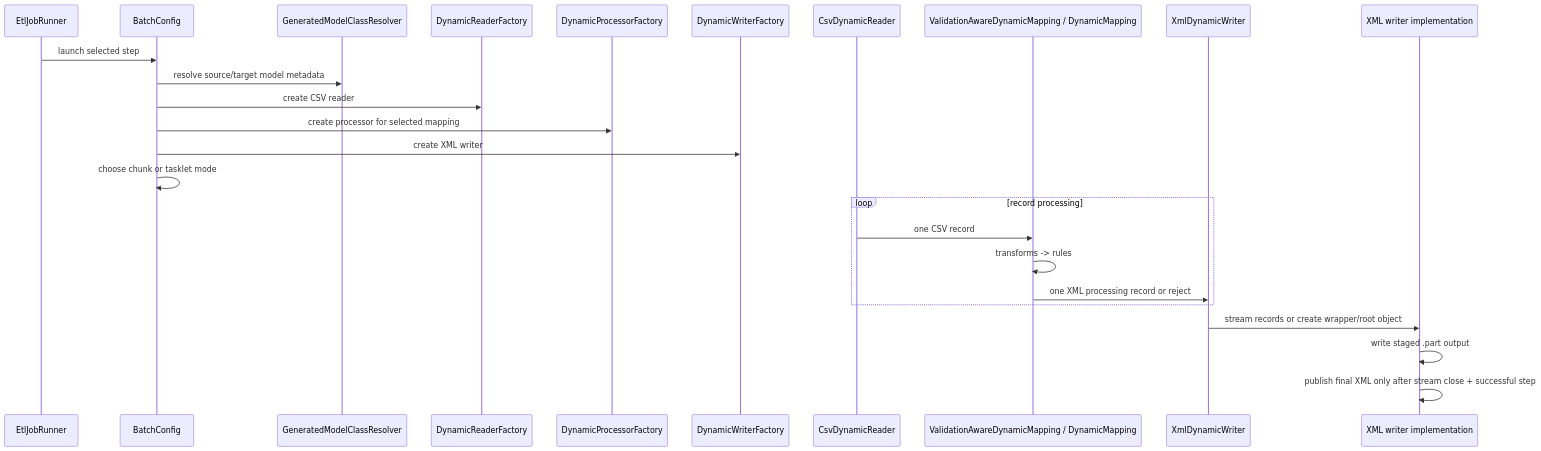
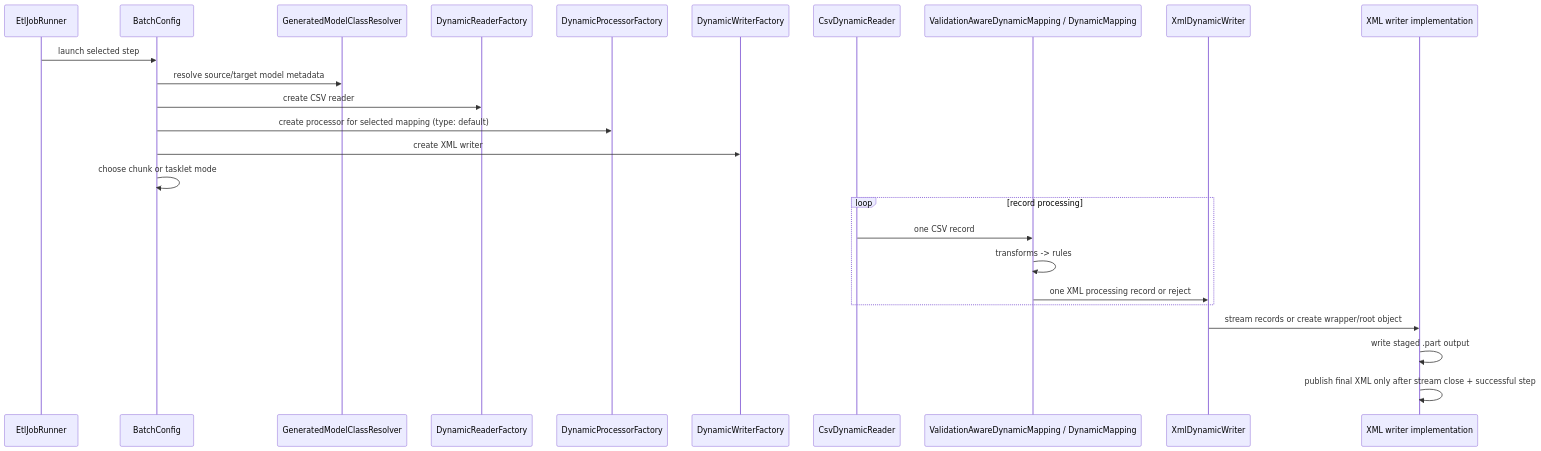
The second of 3 diagrams in docs/architecture/csv-to-xml-runtime-flow.md (kbalanandam/spring-etl-engine), drawn with Mermaid before and after one commit. The commit also changed other lines of this file and 8 other files, not shown here.

Commit message:
test/docs(t15-s6): enforce default processor bundles and sync architecture flow

````diff
--- a/docs/architecture/csv-to-xml-runtime-flow.md
+++ b/docs/architecture/csv-to-xml-runtime-flow.md
@@ -111,30 +111,30 @@
 ```mermaid
 sequenceDiagram
     participant Runner as EtlJobRunner
     participant Batch as BatchConfig
     participant Resolver as GeneratedModelClassResolver
     participant RF as DynamicReaderFactory
     participant PF as DynamicProcessorFactory
     participant WF as DynamicWriterFactory
     participant Reader as CsvDynamicReader
     participant Proc as ValidationAwareDynamicMapping / DynamicMapping
     participant Writer as XmlDynamicWriter
     participant Publish as XML writer implementation
 
     Runner->>Batch: launch selected step
     Batch->>Resolver: resolve source/target model metadata
     Batch->>RF: create CSV reader
-    Batch->>PF: create processor for selected mapping
+    Batch->>PF: create processor for selected mapping (type: default)
     Batch->>WF: create XML writer
     Batch->>Batch: choose chunk or tasklet mode
 
     loop record processing
         Reader->>Proc: one CSV record
         Proc->>Proc: transforms -> rules
         Proc->>Writer: one XML processing record or reject
     end
 
     Writer->>Publish: stream records or create wrapper/root object
     Publish->>Publish: write staged .part output
     Publish->>Publish: publish final XML only after stream close + successful step
 ```
````
